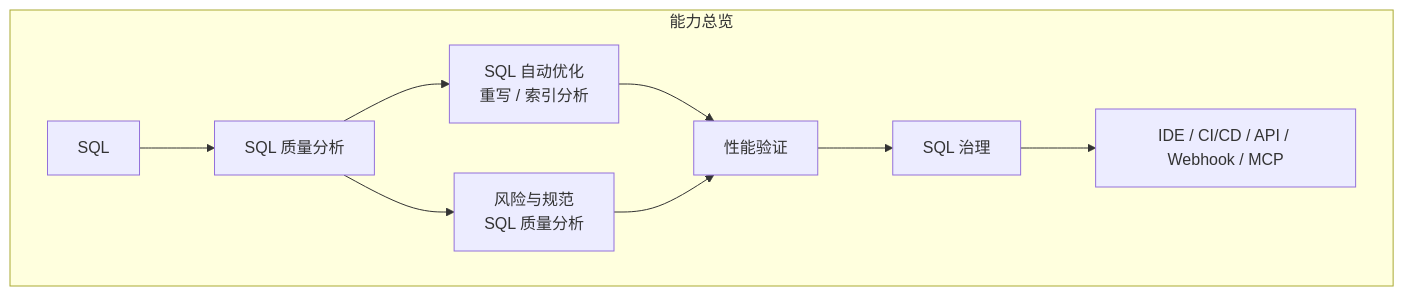
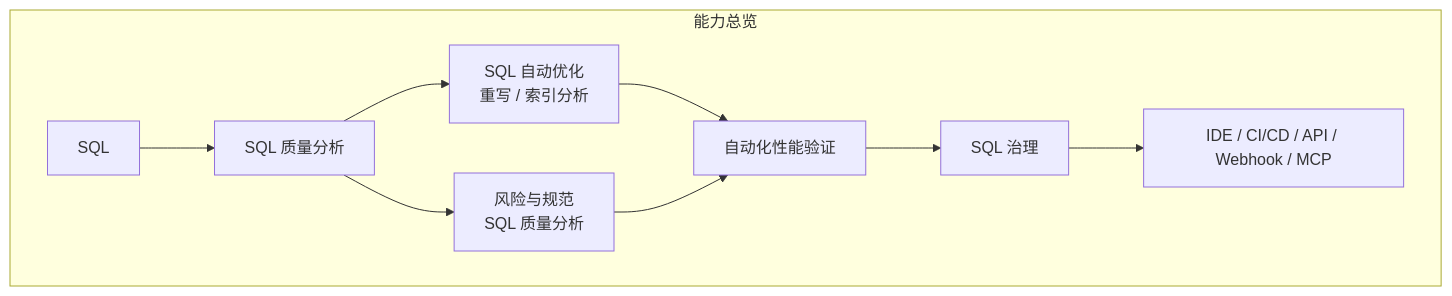
The first of 6 diagrams in docs/features/index.mdx (PawSQL/pawsql-docs-mantlify), drawn with Mermaid before and after one commit. The commit also changed other lines of this file and 143 other files, not shown here.

````diff
--- a/docs/features/index.mdx
+++ b/docs/features/index.mdx
@@ -42,12 +42,12 @@
 ```mermaid
 flowchart TD
   subgraph sgOverview["能力总览"]
     A["SQL"] --> B["SQL 质量分析"]
     B --> C1["SQL 自动优化<br>重写 / 索引分析"]
     B --> C2["风险与规范<br>SQL 质量分析"]
-    C1 --> D["性能验证"]
+    C1 --> D["自动化性能验证"]
     C2 --> D
     D --> E["SQL 治理"]
     E --> F["IDE / CI/CD / API / Webhook / MCP"]
   end
 ```
````
